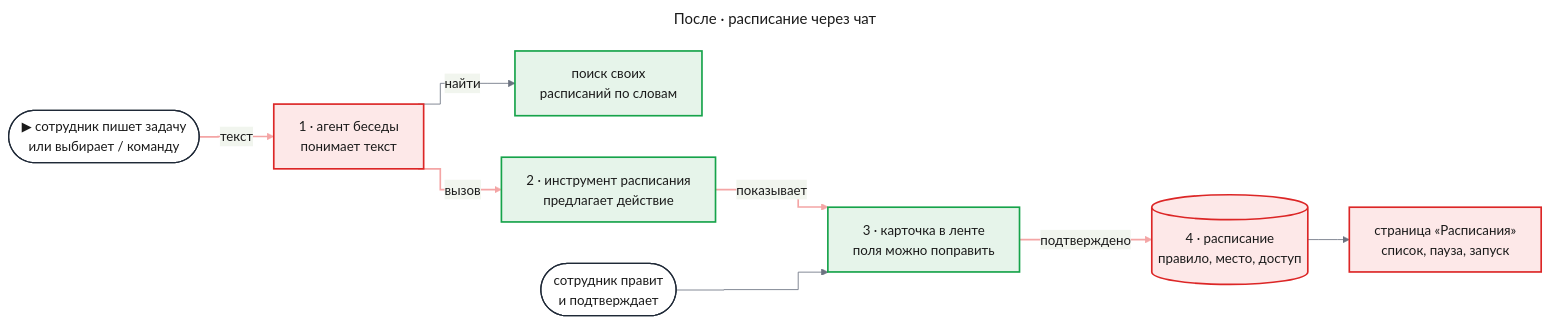
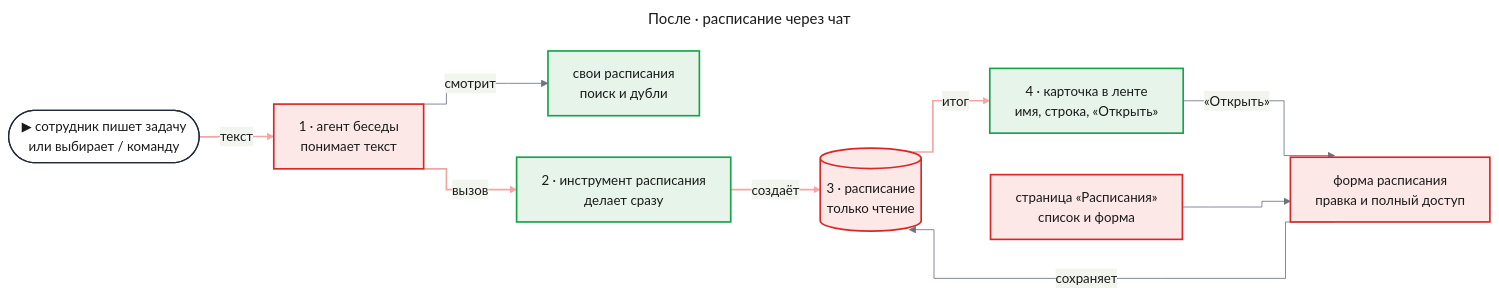
The second of 3 diagrams in docs/features/chat-scheduling/prd.md (tundraray/agent-os), drawn with Mermaid before and after one commit. The commit also changed other lines of this file, not shown here.

Commit message:
docs: chat scheduling acts at once with a compact card and keeps the page form

````diff
--- a/docs/features/chat-scheduling/prd.md
+++ b/docs/features/chat-scheduling/prd.md
@@ -68,48 +70,49 @@
 ```mermaid
 ---
 title: "После · расписание через чат"
 config:
   theme: base
   look: classic
   themeVariables:
     primaryColor: "#eef1f5"
     primaryBorderColor: "#4b5563"
     primaryTextColor: "#1a1a1a"
     lineColor: "#6b7280"
   flowchart:
     curve: step
   themeCSS: |
     @keyframes lit_after{0%,22.5%{stroke:#991b1b;stroke-width:6px}25%,100%{stroke:#f4a5a5;stroke-width:2px}}
 ---
 flowchart LR
     entry(["▶ сотрудник пишет задачу<br/>или выбирает / команду"])
     agent["1 · агент беседы<br/>понимает текст"]
-    find["поиск своих<br/>расписаний по словам"]
-    tool["2 · инструмент расписания<br/>предлагает действие"]
-    card["3 · карточка в ленте<br/>поля можно поправить"]
-    person(["сотрудник правит<br/>и подтверждает"])
-    sched[("4 · расписание<br/>правило, место, доступ")]
-    page["страница «Расписания»<br/>список, пауза, запуск"]
+    find["свои расписания<br/>поиск и дубли"]
+    tool["2 · инструмент расписания<br/>делает сразу"]
+    sched[("3 · расписание<br/>только чтение")]
+    card["4 · карточка в ленте<br/>имя, строка, «Открыть»"]
+    form["форма расписания<br/>правка и полный доступ"]
+    page["страница «Расписания»<br/>список и форма"]
     entry e1@-->|"текст"| agent
-    agent -->|"найти"| find
+    agent -->|"смотрит"| find
     agent e2@-->|"вызов"| tool
-    tool e3@-->|"показывает"| card
-    person --> card
-    card e4@-->|"подтверждено"| sched
-    sched --> page
+    tool e3@-->|"создаёт"| sched
+    sched e4@-->|"итог"| card
+    card -->|"«Открыть»"| form
+    page --> form
+    form -->|"сохраняет"| sched
     classDef entry fill:#ffffff,stroke:#1f2937,stroke-width:1.5px,color:#1a1a1a
     classDef changed fill:#fde8e8,stroke:#dc2626,stroke-width:2px,color:#1a1a1a
     classDef new fill:#e6f4ea,stroke:#16a34a,stroke-width:2px,color:#1a1a1a
     classDef unchanged fill:#eef1f5,stroke:#4b5563,stroke-width:1.5px,color:#1a1a1a
     classDef w1 stroke:#f4a5a5,stroke-width:2px,animation:lit_after 4.8s linear 0s infinite
     classDef w2 stroke:#f4a5a5,stroke-width:2px,animation:lit_after 4.8s linear 1.2s infinite
     classDef w3 stroke:#f4a5a5,stroke-width:2px,animation:lit_after 4.8s linear 2.4s infinite
     classDef w4 stroke:#f4a5a5,stroke-width:2px,animation:lit_after 4.8s linear 3.6s infinite
-    class entry,person entry
-    class agent,sched,page changed
+    class entry entry
+    class agent,sched,form,page changed
     class find,tool,card new
     class e1 w1
     class e2 w2
     class e3 w3
     class e4 w4
 ```
````
